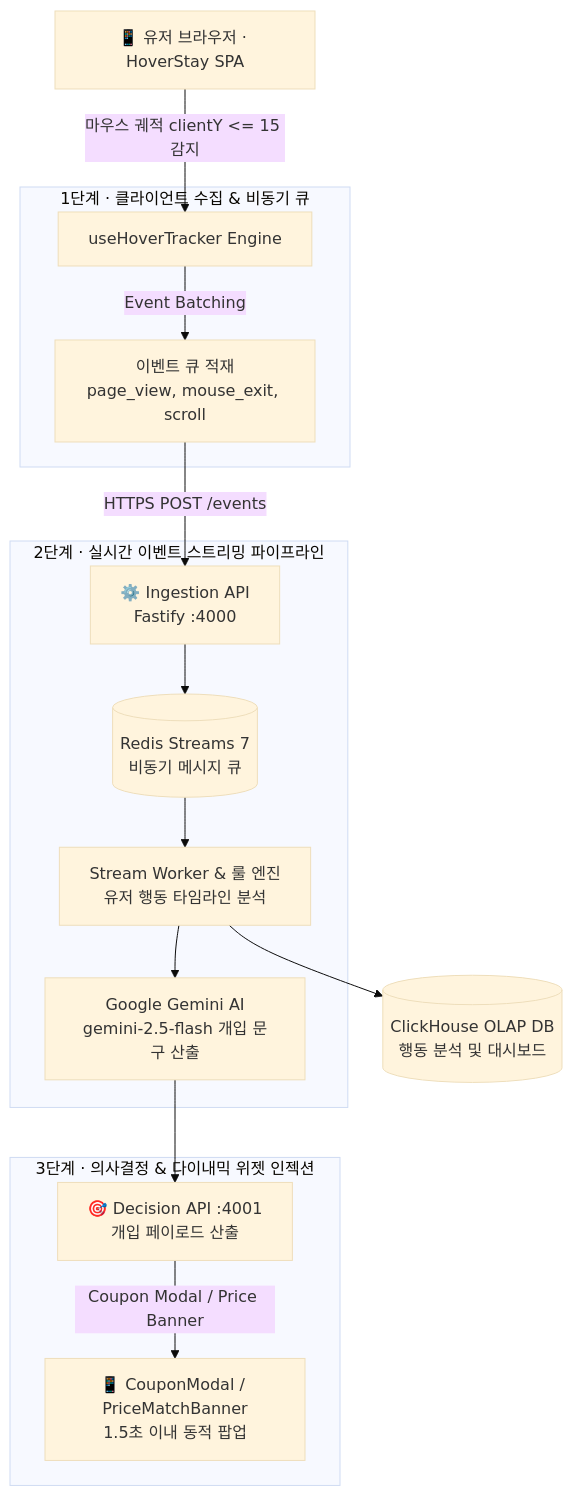
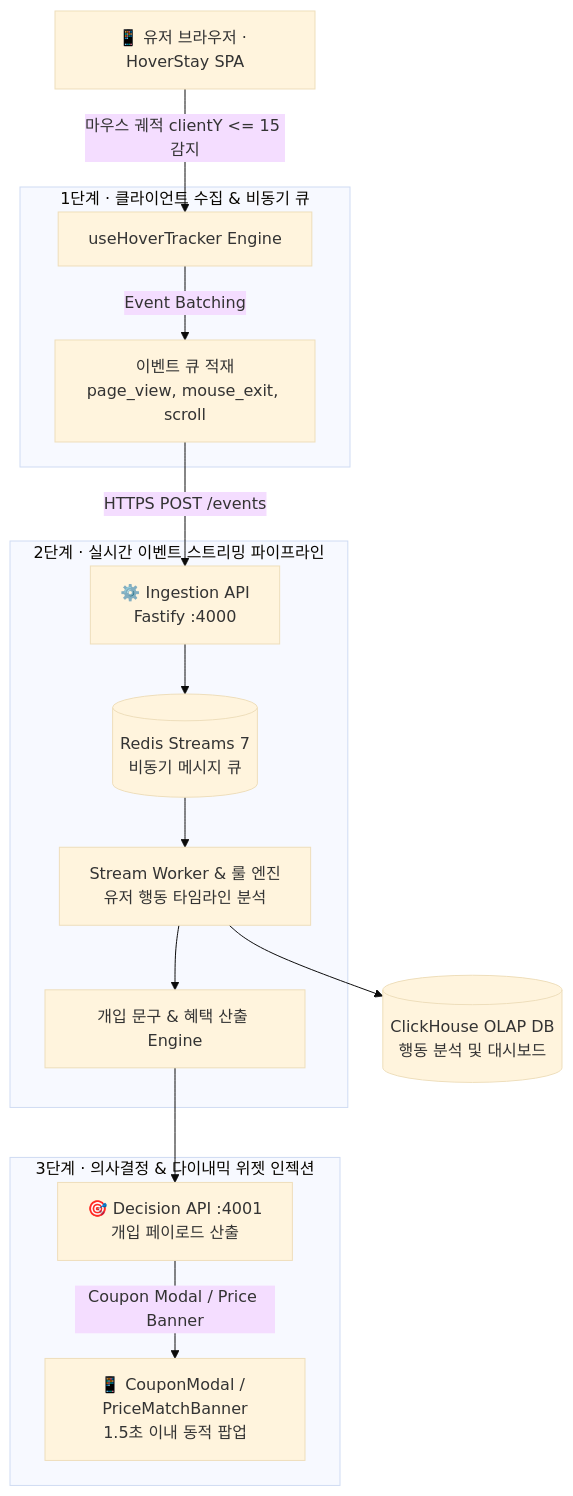
The diagram in README.md (krtecek823/KNU_capston_FE), drawn with Mermaid (base theme) before and after one commit. The commit also changed other lines of this file and 6 other files, not shown here.

````diff
--- a/README.md
+++ b/README.md
@@ -70,23 +69,23 @@
 ```mermaid
 flowchart TD
     A[📱 유저 브라우저 · HoverStay SPA] -->|마우스 궤적 clientY <= 15 감지| B[useHoverTracker Engine]
 
     subgraph S1 [1단계 · 클라이언트 수집 & 비동기 큐]
         B -->|Event Batching| C[이벤트 큐 적재<br/>page_view, mouse_exit, scroll]
     end
 
     C -->|HTTPS POST /events| D[⚙️ Ingestion API<br/>Fastify :4000]
 
     subgraph S2 [2단계 · 실시간 이벤트 스트리밍 파이프라인]
         D --> E[(Redis Streams 7<br/>비동기 메시지 큐)]
         E --> F[Stream Worker & 룰 엔진<br/>유저 행동 타임라인 분석]
-        F --> G[Google Gemini AI<br/>gemini-2.5-flash 개입 문구 산출]
+        F --> G[개입 문구 & 혜택 산출 Engine]
     end
 
     subgraph S3 [3단계 · 의사결정 & 다이내믹 위젯 인젝션]
         G --> H[🎯 Decision API :4001<br/>개입 페이로드 산출]
         H -->|Coupon Modal / Price Banner| I[📱 CouponModal / PriceMatchBanner<br/>1.5초 이내 동적 팝업]
     end
 
     F --> J[(ClickHouse OLAP DB<br/>행동 분석 및 대시보드)]
 ```
````
